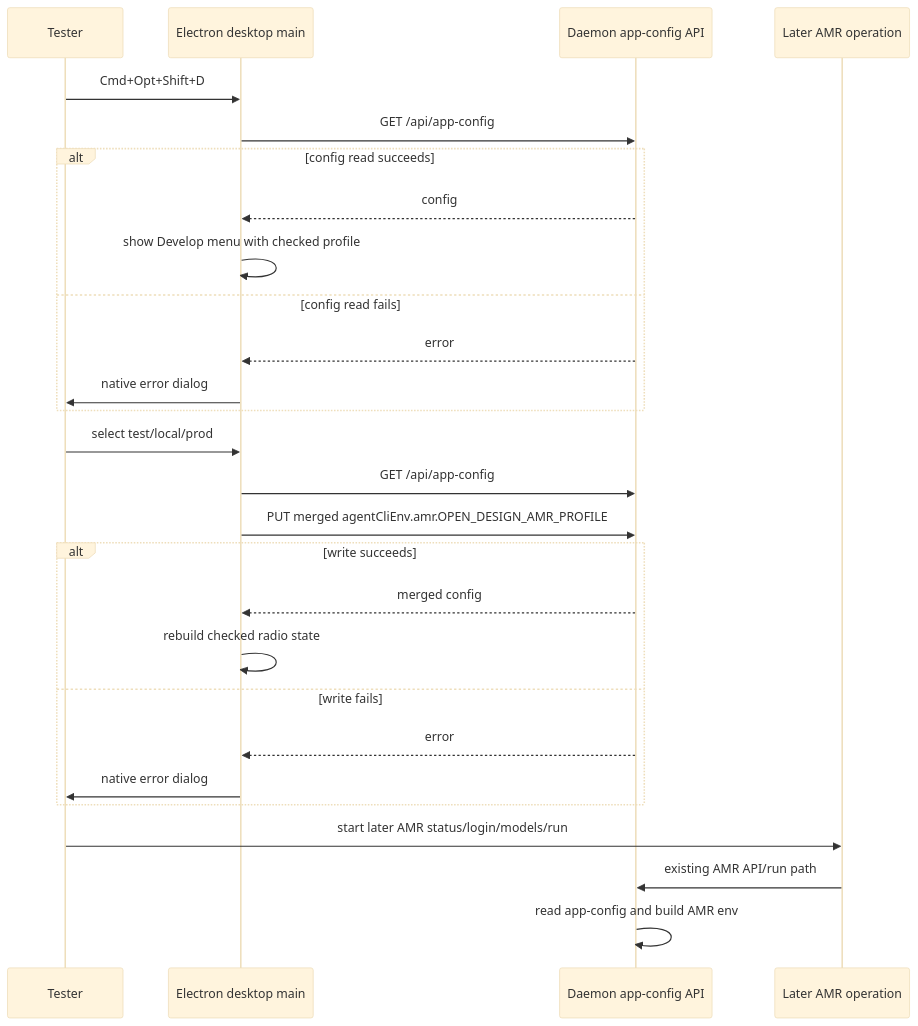
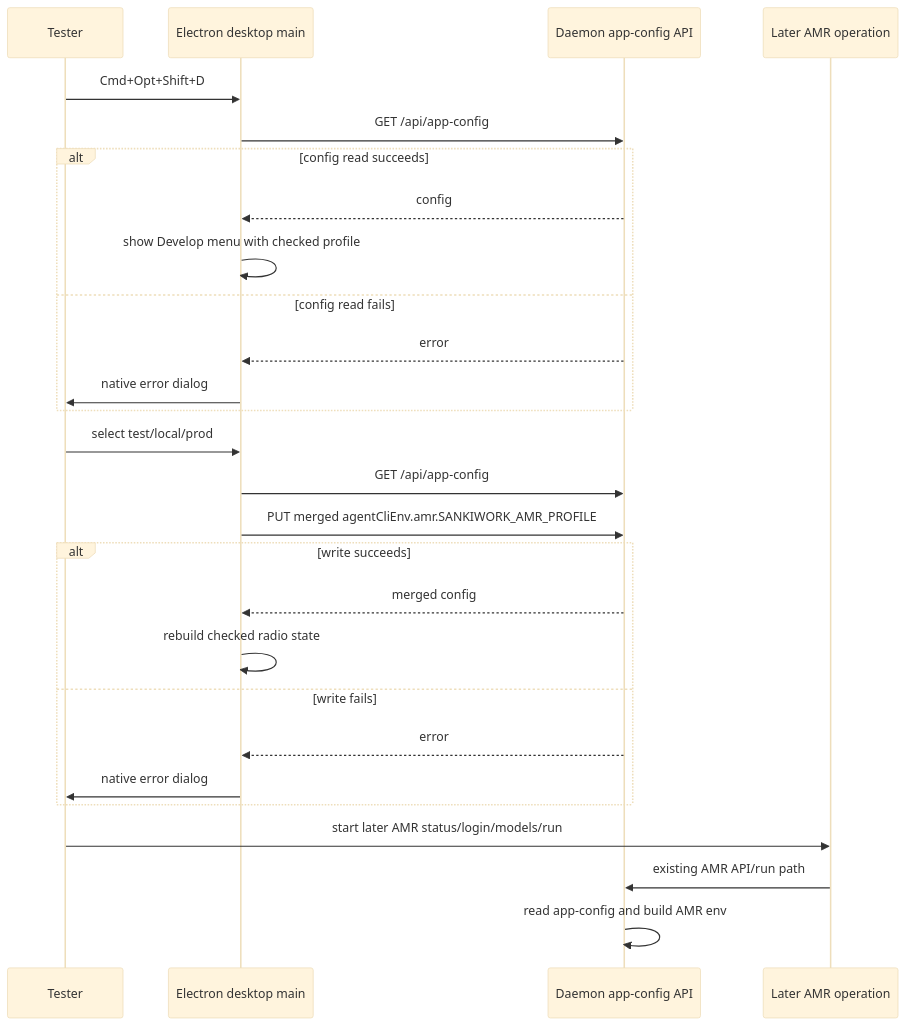
The diagram in specs/change/20260608-hidden-packaged-amr-profile-menu/spec.md (zjiang5211-droid/SankiWork), drawn with Mermaid (base theme) before and after one commit. The commit also changed other lines of this file and 5657 other files, not shown here.

First line of the commit message:
feat: rebrand Open Design to SankiWork (P1) at v1.0.0

````diff
--- a/specs/change/20260608-hidden-packaged-amr-profile-menu/spec.md
+++ b/specs/change/20260608-hidden-packaged-amr-profile-menu/spec.md
@@ -288,32 +288,32 @@
 ```mermaid
 sequenceDiagram
   participant Tester
   participant Desktop as Electron desktop main
   participant Daemon as Daemon app-config API
   participant AMR as Later AMR operation
 
   Tester->>Desktop: Cmd+Opt+Shift+D
   Desktop->>Daemon: GET /api/app-config
   alt config read succeeds
     Daemon-->>Desktop: config
     Desktop->>Desktop: show Develop menu with checked profile
   else config read fails
     Daemon-->>Desktop: error
     Desktop->>Tester: native error dialog
   end
 
   Tester->>Desktop: select test/local/prod
   Desktop->>Daemon: GET /api/app-config
-  Desktop->>Daemon: PUT merged agentCliEnv.amr.OPEN_DESIGN_AMR_PROFILE
+  Desktop->>Daemon: PUT merged agentCliEnv.amr.SANKIWORK_AMR_PROFILE
   alt write succeeds
     Daemon-->>Desktop: merged config
     Desktop->>Desktop: rebuild checked radio state
   else write fails
     Daemon-->>Desktop: error
     Desktop->>Tester: native error dialog
   end
 
   Tester->>AMR: start later AMR status/login/models/run
   AMR->>Daemon: existing AMR API/run path
   Daemon->>Daemon: read app-config and build AMR env
 ```
````
